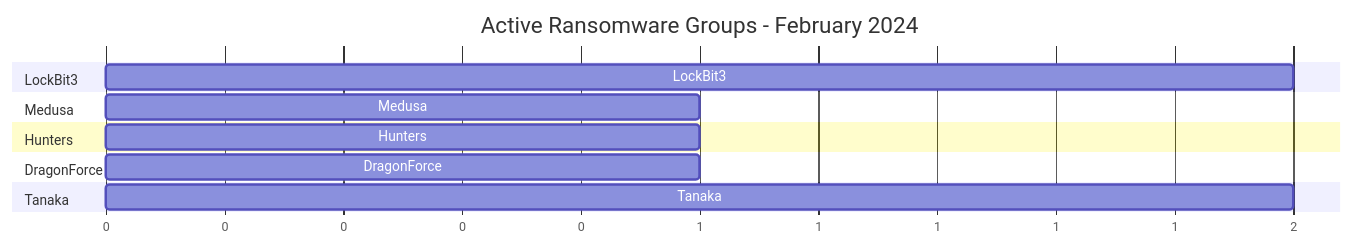
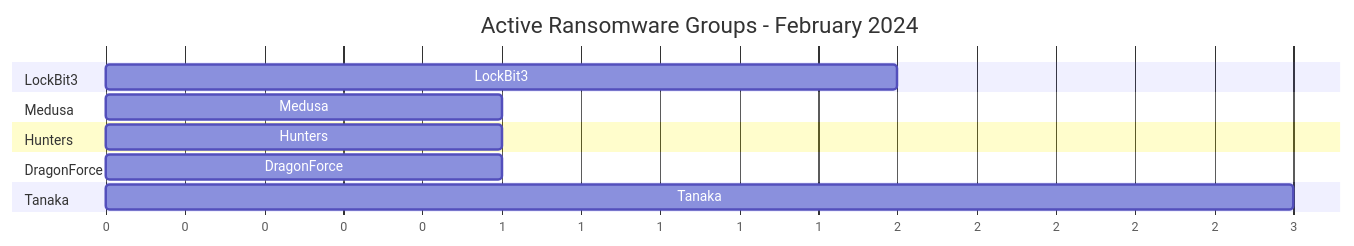
Before and after one commit to Hatchepsoute/AFRINTEL: the fourth of 5 diagrams in CyberAttackAfrica/2024/02-february/README.md, drawn with Mermaid. The commit also changed other lines of this file and 17 other files, not shown here.

````diff
--- a/CyberAttackAfrica/2024/02-february/README.md
+++ b/CyberAttackAfrica/2024/02-february/README.md
@@ -110,16 +113,16 @@
 ```mermaid
 gantt
     title Active Ransomware Groups - February 2024
     dateFormat X
     axisFormat %s
     section LockBit3
     LockBit3 : 0, 2
     section Medusa
     Medusa : 0, 1
     section Hunters
     Hunters : 0, 1
     section DragonForce
     DragonForce : 0, 1
     section Tanaka
-    Tanaka : 0, 2
+    Tanaka : 0, 3
 ```
````
